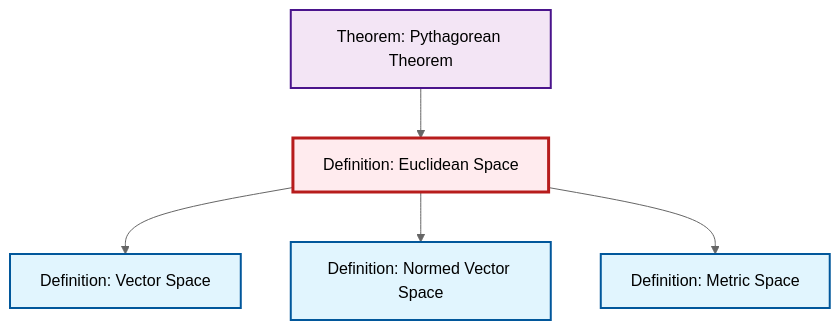
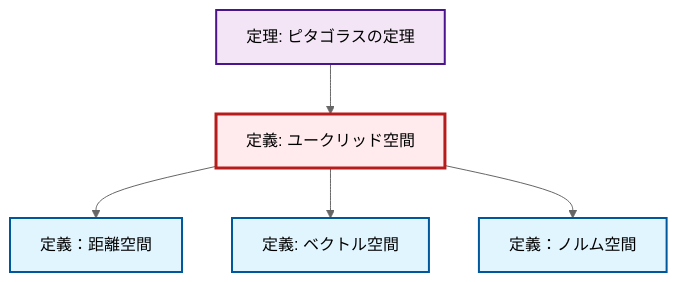
The second of 2 diagrams in content/ja/geometry/def-euclidean-space.qmd (RK0429/ModernMath), drawn with Mermaid (neutral theme) before and after one commit. The commit also changed 1069 other files, not shown here.

````diff
--- a/content/ja/geometry/def-euclidean-space.qmd
+++ b/content/ja/geometry/def-euclidean-space.qmd
@@ -70,23 +70,23 @@
 ```{mermaid}
 %%| fig-cap: "Local dependency graph"
 graph TD
     classDef definition fill:#e1f5fe,stroke:#01579b,stroke-width:2px
     classDef theorem fill:#f3e5f5,stroke:#4a148c,stroke-width:2px
     classDef axiom fill:#fff3e0,stroke:#e65100,stroke-width:2px
     classDef example fill:#e8f5e9,stroke:#1b5e20,stroke-width:2px
     classDef current fill:#ffebee,stroke:#b71c1c,stroke-width:3px
-    def-euclidean-space["Definition: Euclidean Space"]:::definition
-    def-metric-space["Definition: Metric Space"]:::definition
-    thm-pythagorean["Theorem: Pythagorean Theorem"]:::theorem
-    def-normed-vector-space["Definition: Normed Vector Space"]:::definition
-    def-vector-space["Definition: Vector Space"]:::definition
+    def-vector-space["定義: ベクトル空間"]:::definition
+    def-metric-space["定義：距離空間"]:::definition
+    def-normed-vector-space["定義：ノルム空間"]:::definition
+    thm-pythagorean["定理: ピタゴラスの定理"]:::theorem
+    def-euclidean-space["定義: ユークリッド空間"]:::definition
+    def-euclidean-space --> def-metric-space
     def-euclidean-space --> def-vector-space
+    thm-pythagorean --> def-euclidean-space
     def-euclidean-space --> def-normed-vector-space
-    def-euclidean-space --> def-metric-space
-    thm-pythagorean --> def-euclidean-space
     class def-euclidean-space current
-    click def-metric-space "def-metric-space.html" "Definition: Metric Spaceへ"
-    click thm-pythagorean "thm-pythagorean.html" "Theorem: Pythagorean Theoremへ"
-    click def-normed-vector-space "def-normed-vector-space.html" "Definition: Normed Vector Spaceへ"
-    click def-vector-space "def-vector-space.html" "Definition: Vector Spaceへ"
+    click def-vector-space "def-vector-space.html" "ベクトル空間の定義へ"
+    click def-metric-space "def-metric-space.html" "定義：距離空間へ"
+    click def-normed-vector-space "def-normed-vector-space.html" "定義：ノルム空間へ"
+    click thm-pythagorean "thm-pythagorean.html" "ピタゴラスの定理の定理へ"
 ```
````
